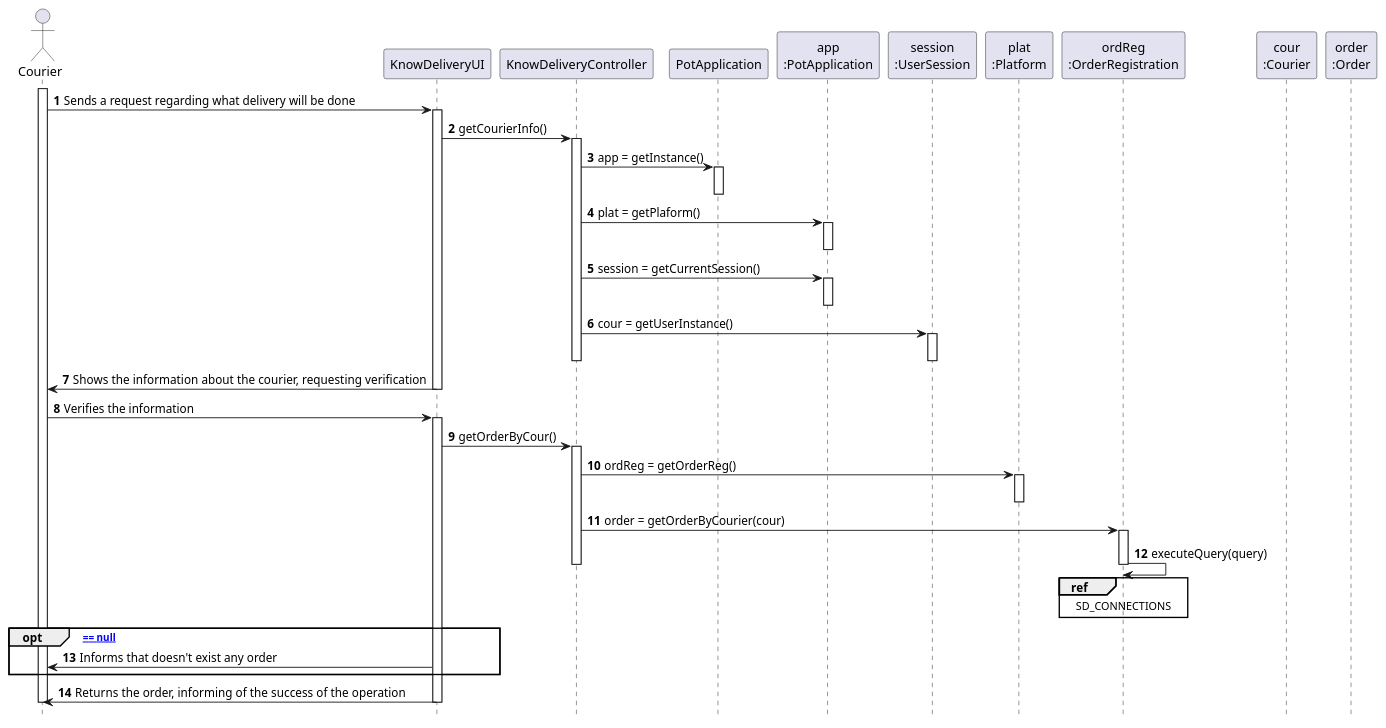
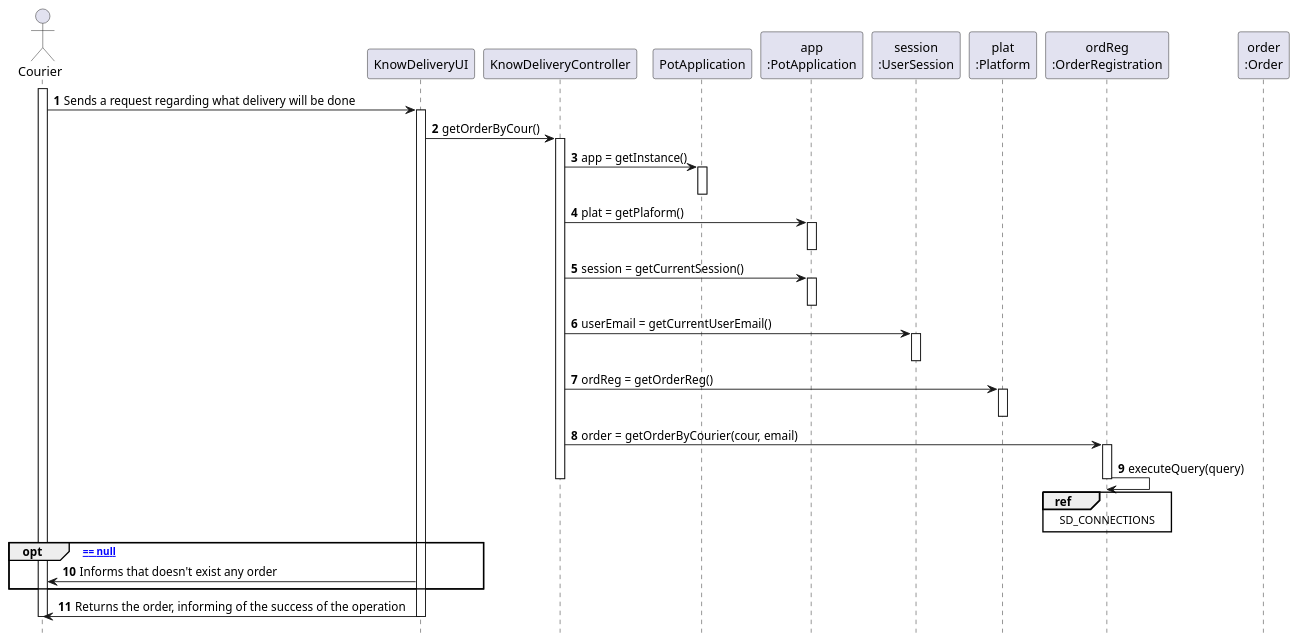
Before and after one commit to tiagoavcosta25/LAPR3: the diagram in docs/Iteration 1/Delivery Management/US48_KnowDelivery/US48_SD.puml, drawn with PlantUML. The commit also changed 6 other files, not shown here.

```diff
--- a/docs/Iteration 1/Delivery Management/US48_KnowDelivery/US48_SD.puml
+++ b/docs/Iteration 1/Delivery Management/US48_KnowDelivery/US48_SD.puml
@@ -1,61 +1,55 @@
 @startuml
 autonumber
 hide footbox
 
 actor "Courier" as COUR
 
 participant "KnowDeliveryUI" as UI
 participant "KnowDeliveryController" as CTRL
 participant "PotApplication" as _APP
 participant "app\n:PotApplication" as APP
 participant "session\n:UserSession" as SESSION
 participant "plat\n:Platform" as PLAT
 participant "ordReg\n:OrderRegistration" as ORDREG
-participant "cour\n:Courier" as C
 participant "order\n:Order" as O
 
 activate COUR
 
 COUR -> UI : Sends a request regarding what delivery will be done
+
 activate UI
-UI -> CTRL : getCourierInfo()
+UI -> CTRL : getOrderByCour()
 activate CTRL
 CTRL -> _APP: app = getInstance()
 activate _APP
 deactivate _APP
 
 CTRL -> APP: plat = getPlaform()
 activate APP
 deactivate APP
 
 CTRL -> APP: session = getCurrentSession()
 activate APP
 deactivate APP
 
-CTRL -> SESSION: cour = getUserInstance()
+CTRL -> SESSION: userEmail = getCurrentUserEmail()
 activate SESSION
 deactivate SESSION
-deactivate CTRL
-UI -> COUR : Shows the information about the courier, requesting verification
-deactivate UI
-COUR -> UI : Verifies the information
-activate UI
-UI -> CTRL : getOrderByCour()
-activate CTRL
+
 CTRL -> PLAT : ordReg = getOrderReg()
 activate PLAT
 deactivate PLAT
-CTRL -> ORDREG : order = getOrderByCourier(cour)
+CTRL -> ORDREG : order = getOrderByCourier(cour, email)
 activate ORDREG
 ORDREG -> ORDREG : executeQuery(query)
 ref over ORDREG : SD_CONNECTIONS
 deactivate ORDREG
 deactivate CTRL
 opt [ order == null]
 UI -> COUR : Informs that doesn't exist any order
 end opt
 UI -> COUR : Returns the order, informing of the success of the operation
 deactivate UI
 deactivate COUR
 
 @enduml
```
